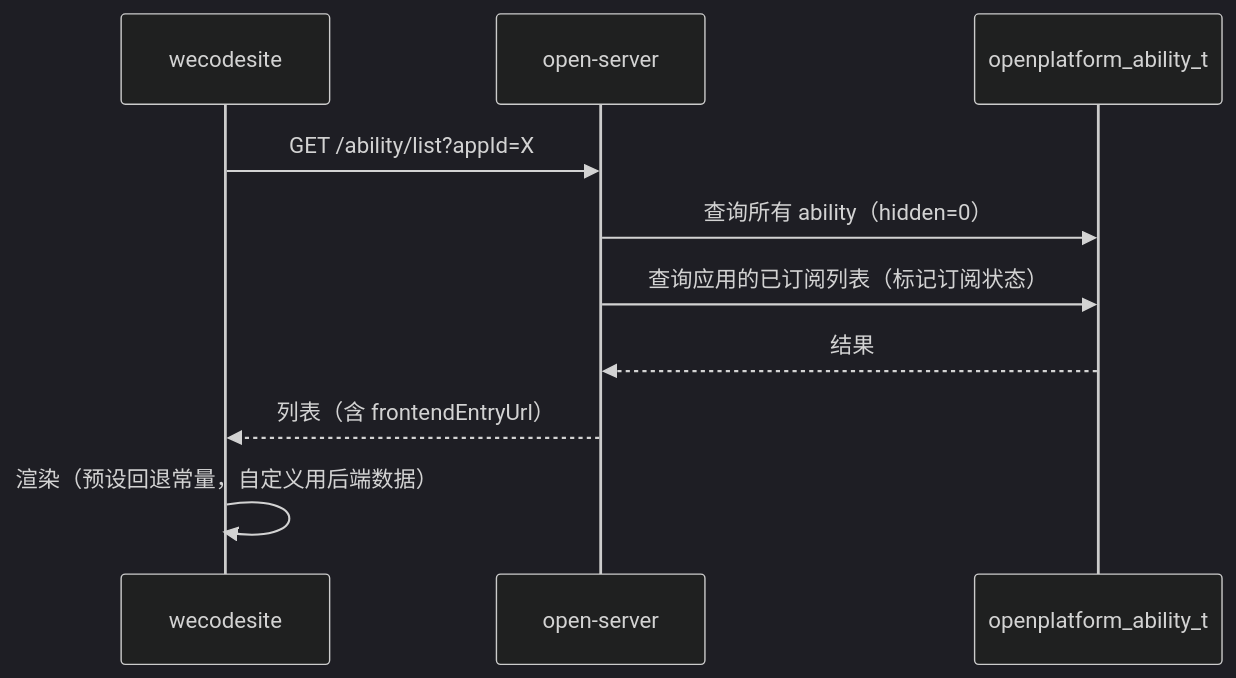
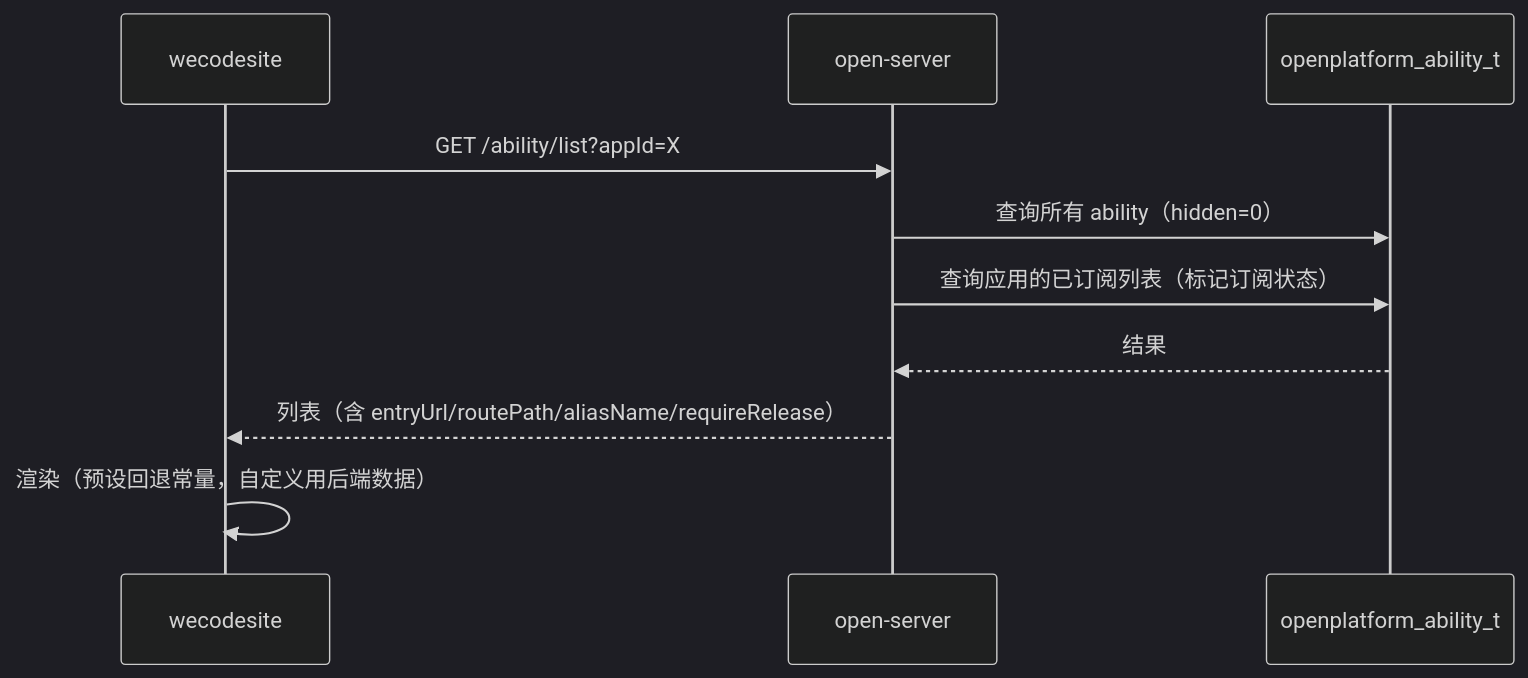
The second of 4 diagrams in .sddu/specs-tree-root/specs-tree-ability-embedding/specs-tree-embedding-open/plan.md (THZSummer/open-app), drawn with Mermaid (dark theme) before and after one commit. The commit also changed other lines of this file and 7 other files, not shown here.

````diff
--- a/.sddu/specs-tree-root/specs-tree-ability-embedding/specs-tree-embedding-open/plan.md
+++ b/.sddu/specs-tree-root/specs-tree-ability-embedding/specs-tree-embedding-open/plan.md
@@ -161,13 +168,13 @@
 ```mermaid
 sequenceDiagram
     participant WECODE as wecodesite
     participant OPeN as open-server
     participant DB as openplatform_ability_t
 
     WECODE->>OPeN: GET /ability/list?appId=X
     OPeN->>DB: 查询所有 ability（hidden=0）
     OPeN->>DB: 查询应用的已订阅列表（标记订阅状态）
     DB-->>OPeN: 结果
-    OPeN-->>WECODE: 列表（含 frontendEntryUrl）
+    OPeN-->>WECODE: 列表（含 entryUrl/routePath/aliasName/requireRelease）
     WECODE->>WECODE: 渲染（预设回退常量，自定义用后端数据）
 ```
````
